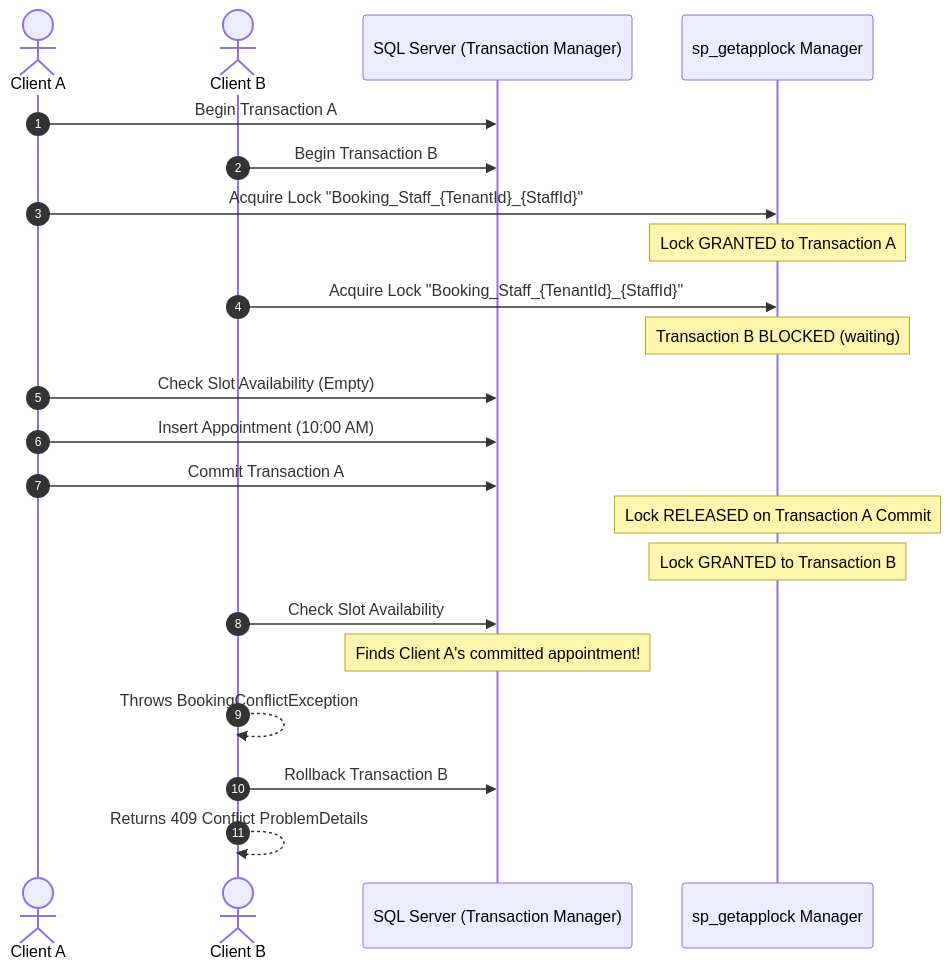
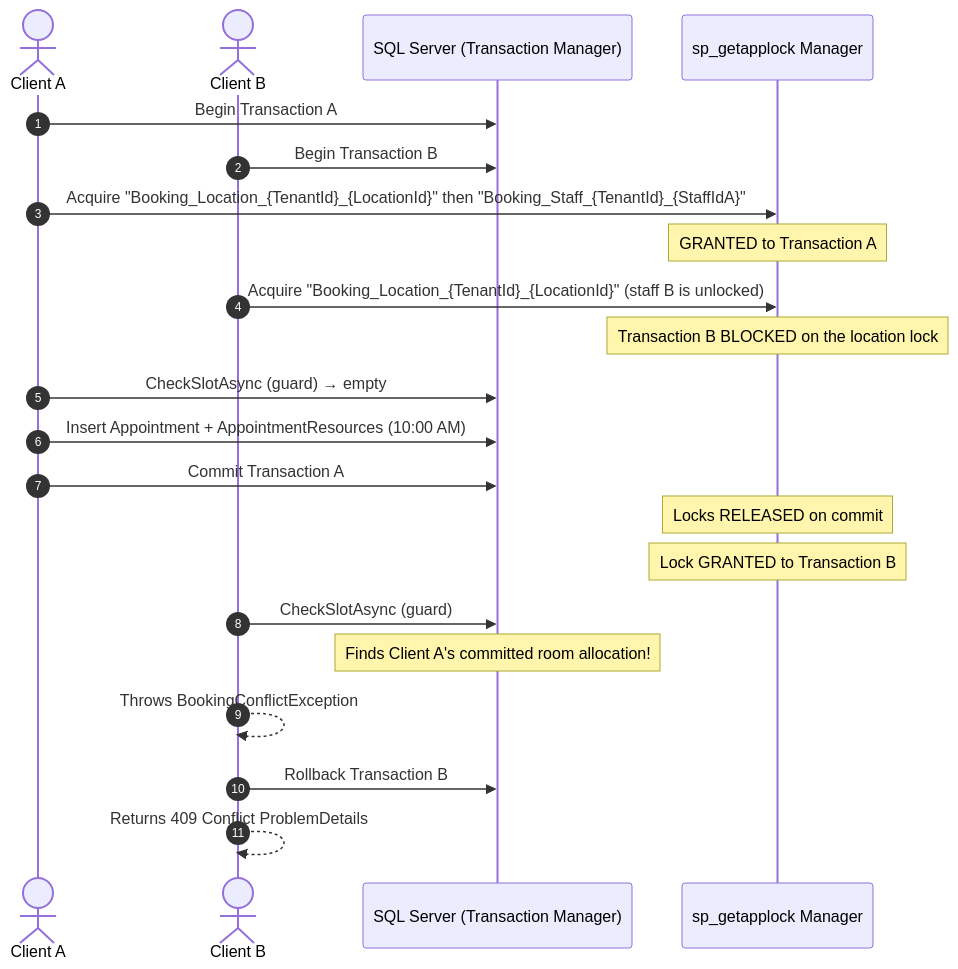
One commit to dante127/BooklyHub changed the diagram in docs/SCHEDULING-CONCURRENCY.md. Above: the diagram before and after it, drawn with Mermaid. The commit also changed other lines of this file and 10 other files, not shown here.

````diff
--- a/docs/SCHEDULING-CONCURRENCY.md
+++ b/docs/SCHEDULING-CONCURRENCY.md
@@ -20,28 +27,28 @@
 ```mermaid
 sequenceDiagram
     autonumber
     actor Client A
     actor Client B
     participant DB as SQL Server (Transaction Manager)
     participant Lock as sp_getapplock Manager
 
     Client A->>DB: Begin Transaction A
     Client B->>DB: Begin Transaction B
 
-    Client A->>Lock: Acquire Lock "Booking_Staff_{TenantId}_{StaffId}"
-    Note over Lock: Lock GRANTED to Transaction A
-    Client B->>Lock: Acquire Lock "Booking_Staff_{TenantId}_{StaffId}"
-    Note over Lock: Transaction B BLOCKED (waiting)
+    Client A->>Lock: Acquire "Booking_Location_{TenantId}_{LocationId}" then "Booking_Staff_{TenantId}_{StaffIdA}"
+    Note over Lock: GRANTED to Transaction A
+    Client B->>Lock: Acquire "Booking_Location_{TenantId}_{LocationId}" (staff B is unlocked)
+    Note over Lock: Transaction B BLOCKED on the location lock
 
-    Client A->>DB: Check Slot Availability (Empty)
-    Client A->>DB: Insert Appointment (10:00 AM)
+    Client A->>DB: CheckSlotAsync (guard) → empty
+    Client A->>DB: Insert Appointment + AppointmentResources (10:00 AM)
     Client A->>DB: Commit Transaction A
-    Note over Lock: Lock RELEASED on Transaction A Commit
+    Note over Lock: Locks RELEASED on commit
 
     Note over Lock: Lock GRANTED to Transaction B
-    Client B->>DB: Check Slot Availability
-    Note over DB: Finds Client A's committed appointment!
+    Client B->>DB: CheckSlotAsync (guard)
+    Note over DB: Finds Client A's committed room allocation!
     Client B-->>Client B: Throws BookingConflictException
     Client B->>DB: Rollback Transaction B
     Client B-->>Client B: Returns 409 Conflict ProblemDetails
 ```
````
